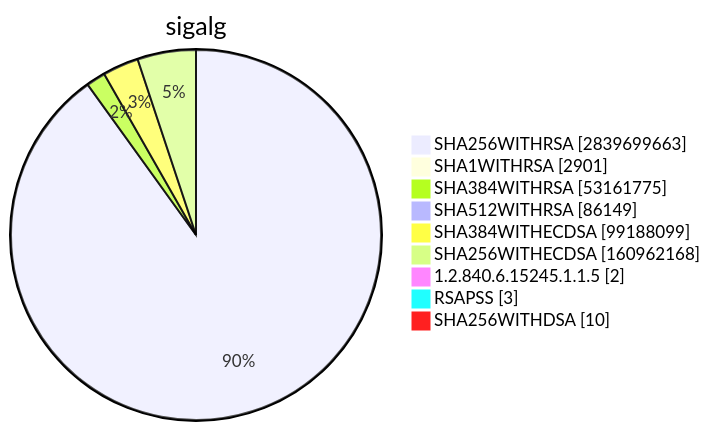
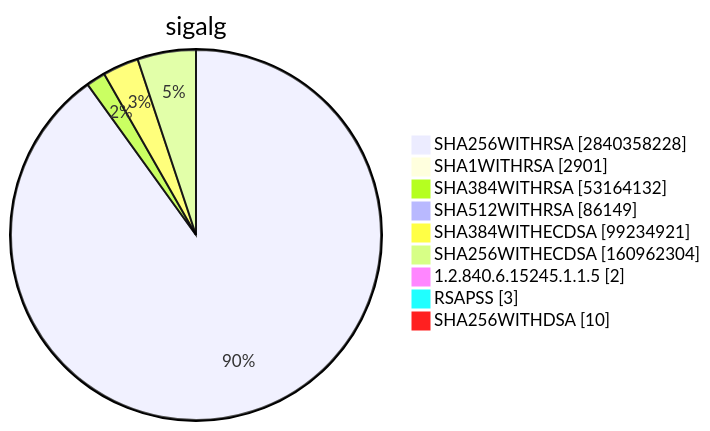
One commit to christiankrug/ctmonitor_visualization changed diagram 15 of 15 in TOTAL/README.md. Above: the diagram before and after it, drawn with Mermaid. The commit also changed other lines of this file, not shown here.

````diff
--- a/TOTAL/README.md
+++ b/TOTAL/README.md
@@ -6207,13 +6207,13 @@
 ```mermaid
 pie showData
 title sigalg
-"SHA256WITHRSA" :2839699663
+"SHA256WITHRSA" :2840358228
 "SHA1WITHRSA" :2901
-"SHA384WITHRSA" :53161775
+"SHA384WITHRSA" :53164132
 "SHA512WITHRSA" :86149
-"SHA384WITHECDSA" :99188099
-"SHA256WITHECDSA" :160962168
+"SHA384WITHECDSA" :99234921
+"SHA256WITHECDSA" :160962304
 "1.2.840.6.15245.1.1.5" :2
 "RSAPSS" :3
 "SHA256WITHDSA" :10
 ```
````
